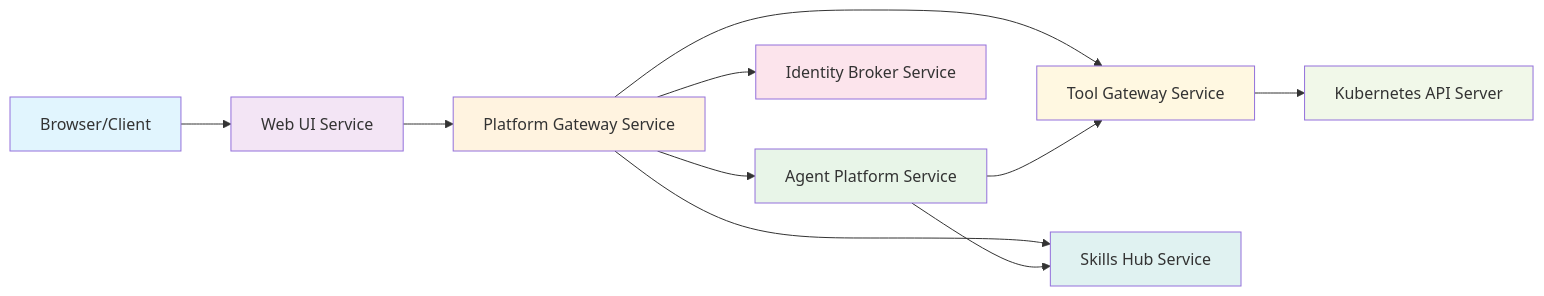
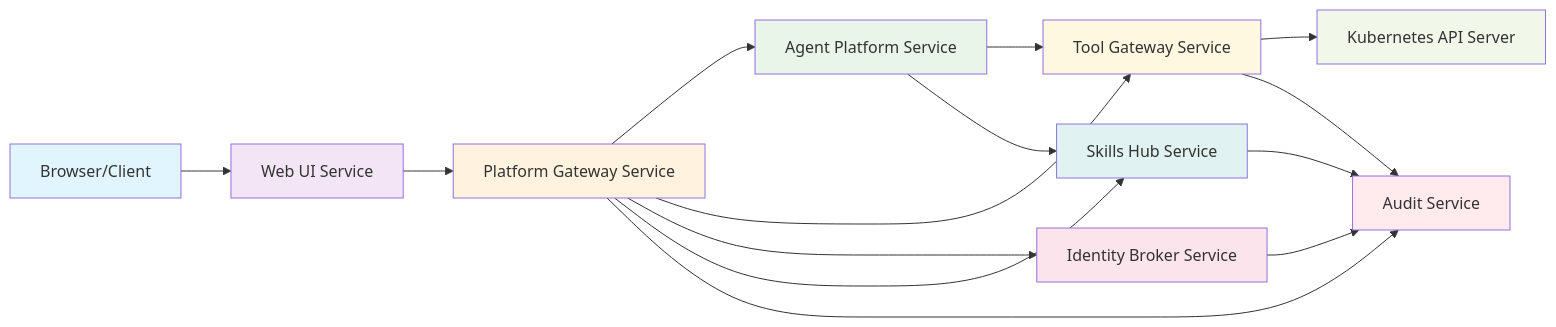
Before and after one commit to metasync/luban-aiops: the second of 2 diagrams in .qoder/repowiki/en/content/Deployment and Operations/Kubernetes Deployment.md, drawn with Mermaid. The commit also changed other lines of this file and 8 other files, not shown here.

````diff
--- a/.qoder/repowiki/en/content/Deployment and Operations/Kubernetes Deployment.md
+++ b/.qoder/repowiki/en/content/Deployment and Operations/Kubernetes Deployment.md
@@ -408,20 +483,25 @@
 ```mermaid
 graph LR
 A[Browser/Client] --> B[Web UI Service]
 B --> C[Platform Gateway Service]
 C --> D[Agent Platform Service]
 C --> E[Tool Gateway Service]
 D --> E
 C --> F[Identity Broker Service]
 E --> G[Kubernetes API Server]
 C --> H[Skills Hub Service]
 D --> H
+C --> I[Audit Service]
+E --> I
+F --> I
+H --> I
 style A fill:#e1f5fe
 style B fill:#f3e5f5
 style C fill:#fff3e0
 style D fill:#e8f5e8
 style E fill:#fff8e1
 style F fill:#fce4ec
 style G fill:#f1f8e9
 style H fill:#e0f2f1
+style I fill:#ffebee
 ```
````
